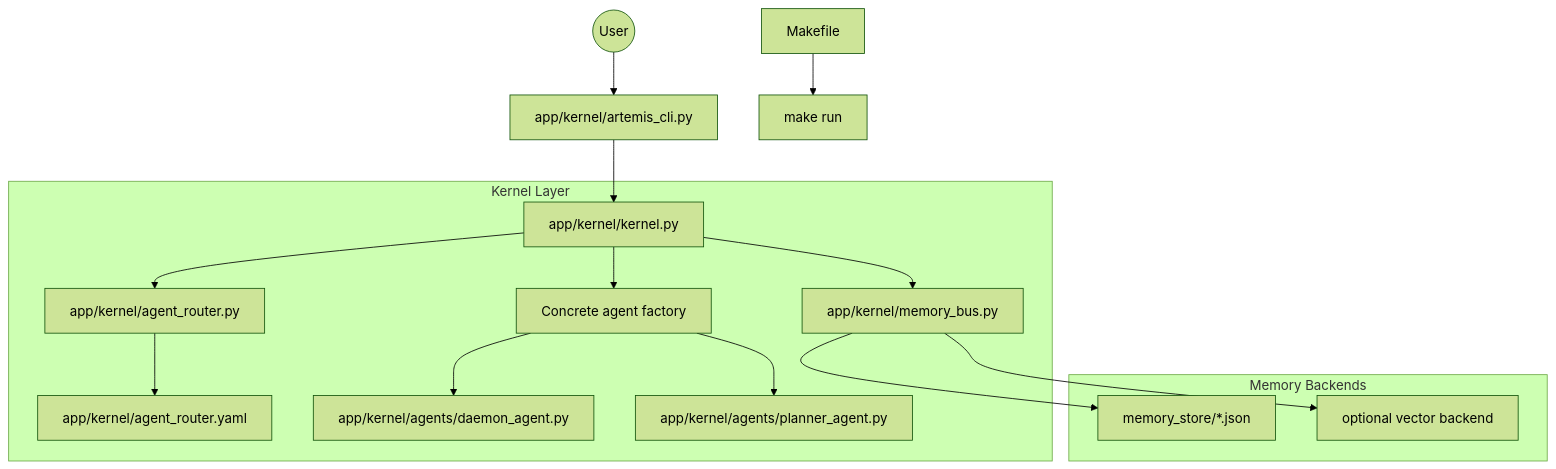
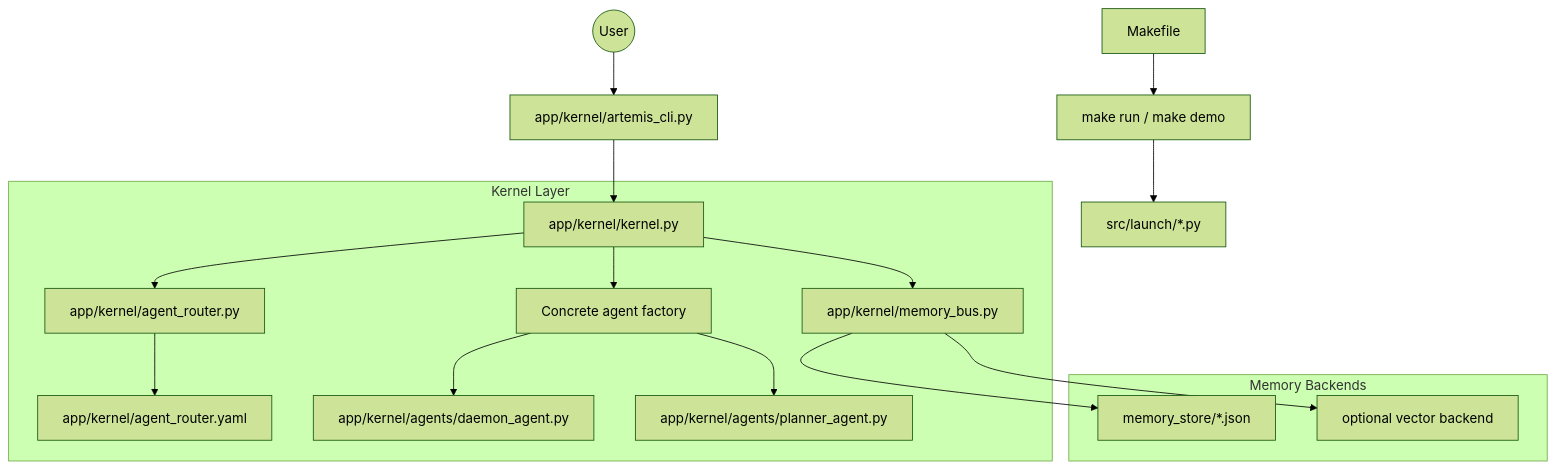
The first of 2 diagrams in docs/kernel.md (AgenticGovernace/AgenticGovernance-ArtemisCity), drawn with Mermaid (forest theme) before and after one commit. The commit also changed other lines of this file and 57 other files, not shown here.

First line of the commit message:
refactor: consolidate demos under src/launch

````diff
--- a/docs/kernel.md
+++ b/docs/kernel.md
@@ -14,20 +19,21 @@
 ```mermaid
 graph TD
     User((User)) --> CLI[app/kernel/artemis_cli.py]
-    Makefile --> CoreCLI[make run]
+    Makefile --> CoreCLI[make run / make demo]
+    CoreCLI --> Launch[src/launch/*.py]
     CLI --> Kernel[app/kernel/kernel.py]
 
     subgraph "Kernel Layer"
         Kernel --> Router[app/kernel/agent_router.py]
         Kernel --> MemoryBus[app/kernel/memory_bus.py]
         Kernel --> AgentFactory[Concrete agent factory]
         Router --> RouterConfig[app/kernel/agent_router.yaml]
         AgentFactory --> DaemonAgent[app/kernel/agents/daemon_agent.py]
         AgentFactory --> PlannerAgent[app/kernel/agents/planner_agent.py]
     end
 
     subgraph "Memory Backends"
         MemoryBus --> FileMemory[memory_store/*.json]
         MemoryBus --> VectorMemory[optional vector backend]
     end
 ```
````
